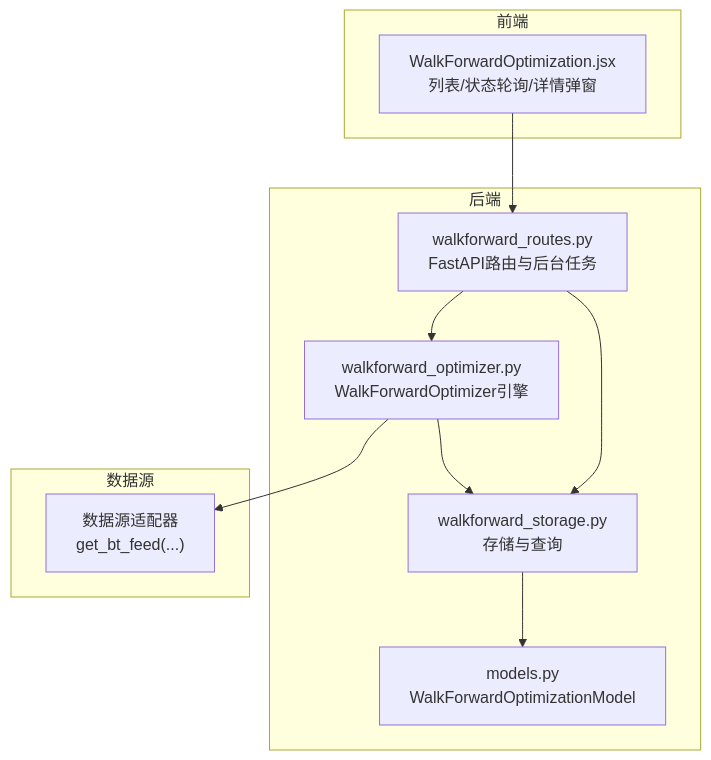
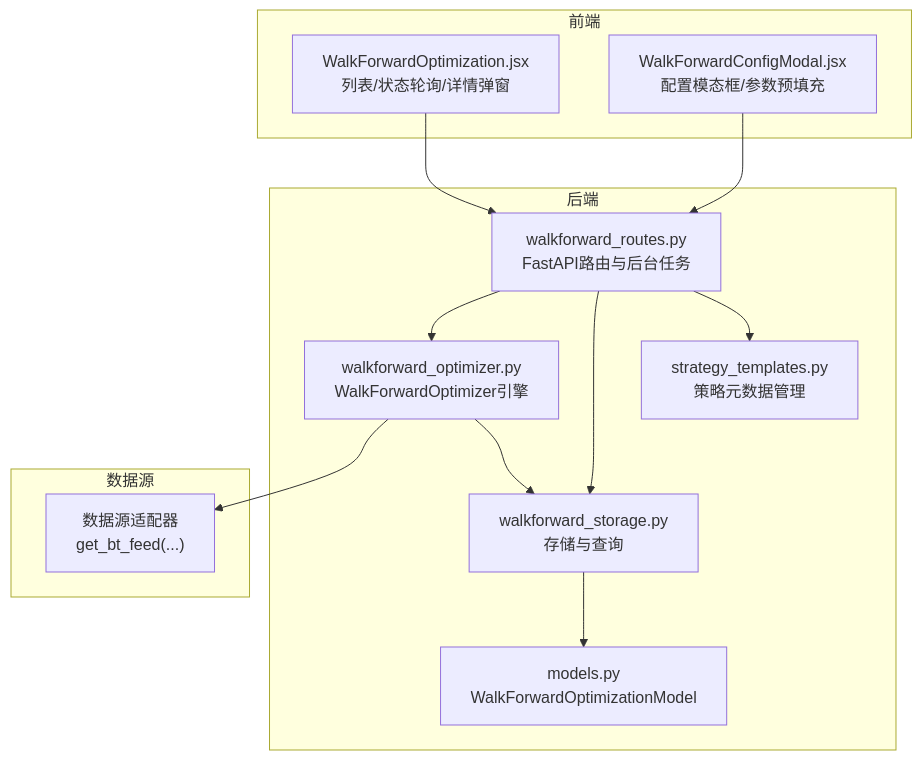
The first of 5 diagrams in .qoder/repowiki/zh/content/核心功能详解/Walk-Forward参数优化.md (faryhuo/backtrader), drawn with Mermaid before and after one commit. The commit also changed other lines of this file and 8 other files, not shown here.

````diff
--- a/.qoder/repowiki/zh/content/核心功能详解/Walk-Forward参数优化.md
+++ b/.qoder/repowiki/zh/content/核心功能详解/Walk-Forward参数优化.md
@@ -39,21 +50,25 @@
 ```mermaid
 graph TB
 subgraph "前端"
 FE["WalkForwardOptimization.jsx<br/>列表/状态轮询/详情弹窗"]
+CM["WalkForwardConfigModal.jsx<br/>配置模态框/参数预填充"]
 end
 subgraph "后端"
 API["walkforward_routes.py<br/>FastAPI路由与后台任务"]
 SVC["walkforward_optimizer.py<br/>WalkForwardOptimizer引擎"]
 DB["walkforward_storage.py<br/>存储与查询"]
 MODEL["models.py<br/>WalkForwardOptimizationModel"]
+STRAT["strategy_templates.py<br/>策略元数据管理"]
 end
 subgraph "数据源"
 DS["数据源适配器<br/>get_bt_feed(...)"]
 end
+CM --> API
 FE --> API
 API --> SVC
 API --> DB
 SVC --> DS
 DB --> MODEL
 SVC --> DB
+API --> STRAT
 ```
````
